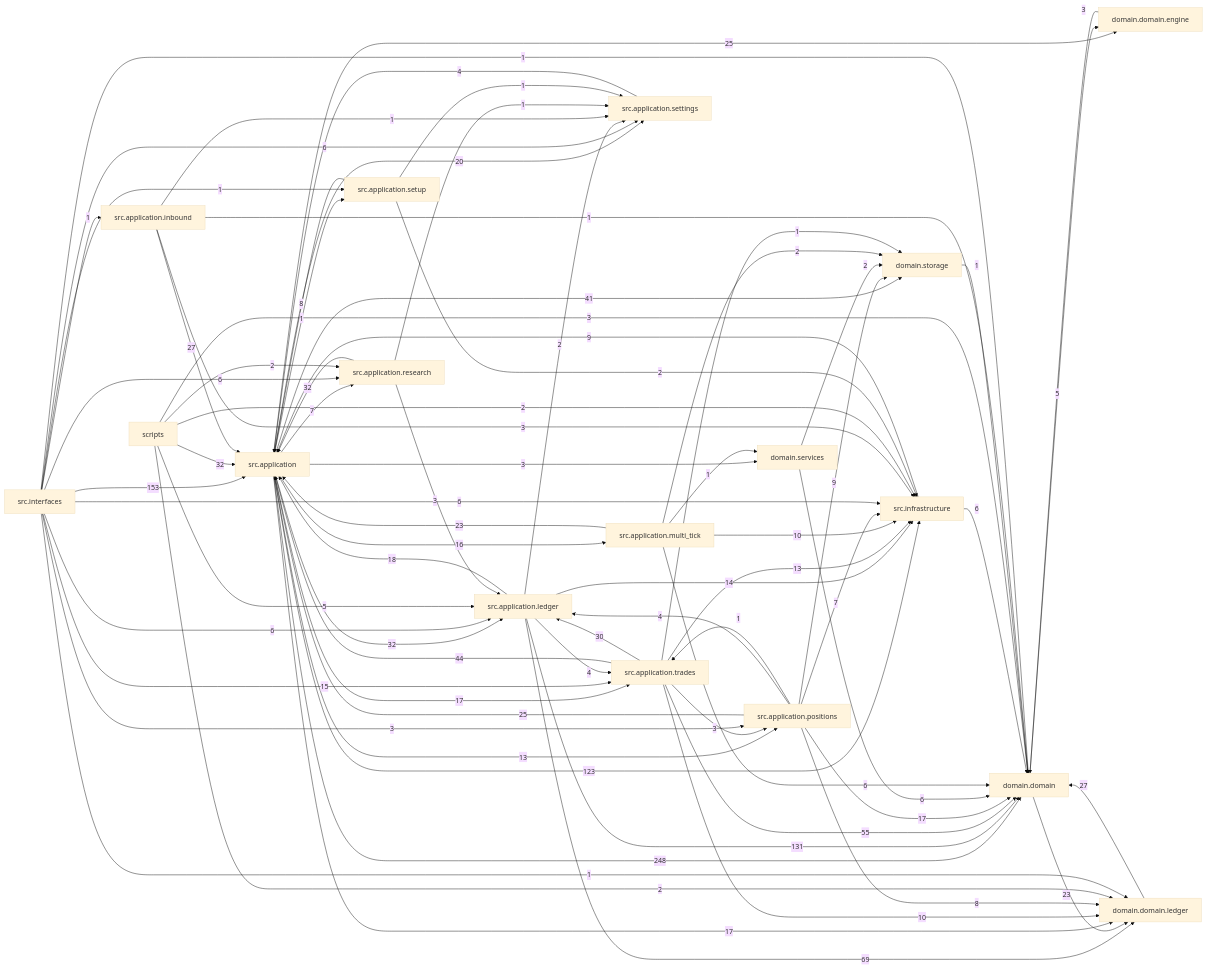
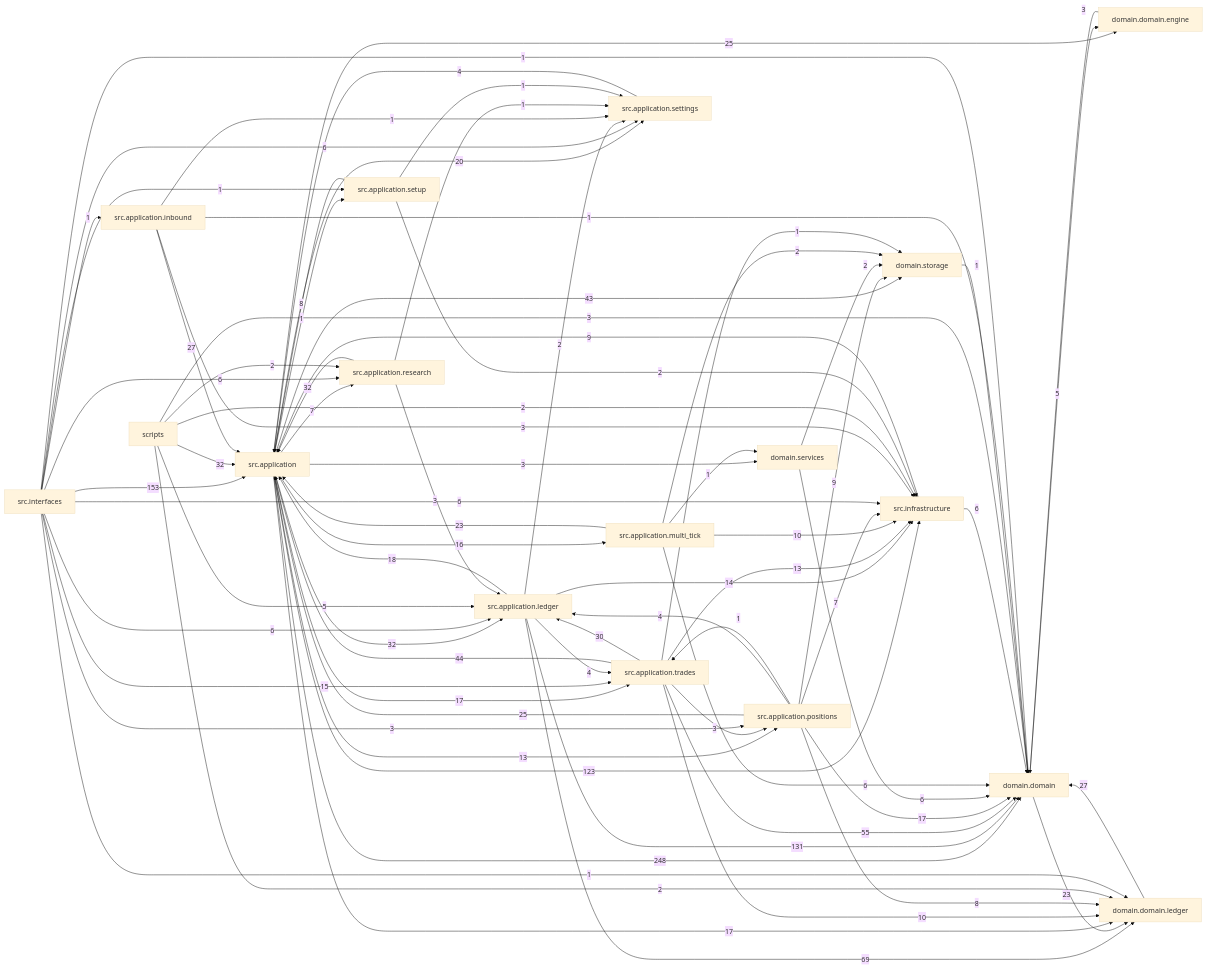
One commit to liuxie066/options-monitor changed the diagram in docs/dependency_graph.mmd. Above: the diagram before and after it, drawn with Mermaid (base theme). The commit also changed 11 other files, not shown here.

```diff
--- a/docs/dependency_graph.mmd
+++ b/docs/dependency_graph.mmd
@@ -1,76 +1,76 @@
 flowchart LR
   src_application["src.application"] -->|248| domain_domain["domain.domain"]
   src_interfaces["src.interfaces"] -->|153| src_application["src.application"]
   src_application_ledger["src.application.ledger"] -->|131| domain_domain["domain.domain"]
   src_application["src.application"] -->|123| src_infrastructure["src.infrastructure"]
   src_application_ledger["src.application.ledger"] -->|69| domain_domain_ledger["domain.domain.ledger"]
   src_application_trades["src.application.trades"] -->|55| domain_domain["domain.domain"]
   src_application_trades["src.application.trades"] -->|44| src_application["src.application"]
-  src_application["src.application"] -->|41| domain_storage["domain.storage"]
+  src_application["src.application"] -->|43| domain_storage["domain.storage"]
   scripts["scripts"] -->|32| src_application["src.application"]
   src_application["src.application"] -->|32| src_application_ledger["src.application.ledger"]
   src_application_research["src.application.research"] -->|32| src_application["src.application"]
   src_application_trades["src.application.trades"] -->|30| src_application_ledger["src.application.ledger"]
   domain_domain_ledger["domain.domain.ledger"] -->|27| domain_domain["domain.domain"]
   src_application_inbound["src.application.inbound"] -->|27| src_application["src.application"]
   src_application["src.application"] -->|25| domain_domain_engine["domain.domain.engine"]
   src_application_positions["src.application.positions"] -->|25| src_application["src.application"]
   domain_domain["domain.domain"] -->|23| domain_domain_ledger["domain.domain.ledger"]
   src_application_multi_tick["src.application.multi_tick"] -->|23| src_application["src.application"]
   src_application["src.application"] -->|20| src_application_settings["src.application.settings"]
   src_application_ledger["src.application.ledger"] -->|18| src_application["src.application"]
   src_application["src.application"] -->|17| domain_domain_ledger["domain.domain.ledger"]
   src_application["src.application"] -->|17| src_application_trades["src.application.trades"]
   src_application_positions["src.application.positions"] -->|17| domain_domain["domain.domain"]
   src_application["src.application"] -->|16| src_application_multi_tick["src.application.multi_tick"]
   src_interfaces["src.interfaces"] -->|15| src_application_trades["src.application.trades"]
   src_application_ledger["src.application.ledger"] -->|14| src_infrastructure["src.infrastructure"]
   src_application["src.application"] -->|13| src_application_positions["src.application.positions"]
   src_application_trades["src.application.trades"] -->|13| src_infrastructure["src.infrastructure"]
   src_application_multi_tick["src.application.multi_tick"] -->|10| src_infrastructure["src.infrastructure"]
   src_application_trades["src.application.trades"] -->|10| domain_domain_ledger["domain.domain.ledger"]
   src_application_positions["src.application.positions"] -->|9| domain_storage["domain.storage"]
   src_infrastructure["src.infrastructure"] -->|9| src_application["src.application"]
   src_application_positions["src.application.positions"] -->|8| domain_domain_ledger["domain.domain.ledger"]
   src_application_setup["src.application.setup"] -->|8| src_application["src.application"]
   src_application["src.application"] -->|7| src_application_research["src.application.research"]
   src_application_positions["src.application.positions"] -->|7| src_infrastructure["src.infrastructure"]
   domain_services["domain.services"] -->|6| domain_domain["domain.domain"]
   src_application_multi_tick["src.application.multi_tick"] -->|6| domain_domain["domain.domain"]
   src_infrastructure["src.infrastructure"] -->|6| domain_domain["domain.domain"]
   src_interfaces["src.interfaces"] -->|6| src_application_ledger["src.application.ledger"]
   src_interfaces["src.interfaces"] -->|6| src_application_research["src.application.research"]
   src_interfaces["src.interfaces"] -->|6| src_application_settings["src.application.settings"]
   src_interfaces["src.interfaces"] -->|6| src_infrastructure["src.infrastructure"]
   domain_domain["domain.domain"] -->|5| domain_domain_engine["domain.domain.engine"]
   scripts["scripts"] -->|5| src_application_ledger["src.application.ledger"]
   src_application_ledger["src.application.ledger"] -->|4| src_application_trades["src.application.trades"]
   src_application_positions["src.application.positions"] -->|4| src_application_ledger["src.application.ledger"]
   src_application_settings["src.application.settings"] -->|4| src_application["src.application"]
   domain_domain_engine["domain.domain.engine"] -->|3| domain_domain["domain.domain"]
   scripts["scripts"] -->|3| domain_domain["domain.domain"]
   src_application["src.application"] -->|3| domain_services["domain.services"]
   src_application_inbound["src.application.inbound"] -->|3| src_infrastructure["src.infrastructure"]
   src_application_research["src.application.research"] -->|3| src_application_ledger["src.application.ledger"]
   src_application_trades["src.application.trades"] -->|3| src_application_positions["src.application.positions"]
   src_interfaces["src.interfaces"] -->|3| src_application_positions["src.application.positions"]
   domain_services["domain.services"] -->|2| domain_storage["domain.storage"]
   scripts["scripts"] -->|2| domain_domain_ledger["domain.domain.ledger"]
   scripts["scripts"] -->|2| src_application_research["src.application.research"]
   scripts["scripts"] -->|2| src_infrastructure["src.infrastructure"]
   src_application_ledger["src.application.ledger"] -->|2| src_application_settings["src.application.settings"]
   src_application_multi_tick["src.application.multi_tick"] -->|2| domain_storage["domain.storage"]
   src_application_setup["src.application.setup"] -->|2| src_infrastructure["src.infrastructure"]
   domain_storage["domain.storage"] -->|1| domain_domain["domain.domain"]
   src_application["src.application"] -->|1| src_application_setup["src.application.setup"]
   src_application_inbound["src.application.inbound"] -->|1| domain_domain["domain.domain"]
   src_application_inbound["src.application.inbound"] -->|1| src_application_settings["src.application.settings"]
   src_application_multi_tick["src.application.multi_tick"] -->|1| domain_services["domain.services"]
   src_application_positions["src.application.positions"] -->|1| src_application_trades["src.application.trades"]
   src_application_research["src.application.research"] -->|1| src_application_settings["src.application.settings"]
   src_application_setup["src.application.setup"] -->|1| src_application_settings["src.application.settings"]
   src_application_trades["src.application.trades"] -->|1| domain_storage["domain.storage"]
   src_interfaces["src.interfaces"] -->|1| domain_domain["domain.domain"]
   src_interfaces["src.interfaces"] -->|1| domain_domain_ledger["domain.domain.ledger"]
   src_interfaces["src.interfaces"] -->|1| src_application_inbound["src.application.inbound"]
   src_interfaces["src.interfaces"] -->|1| src_application_setup["src.application.setup"]
```
